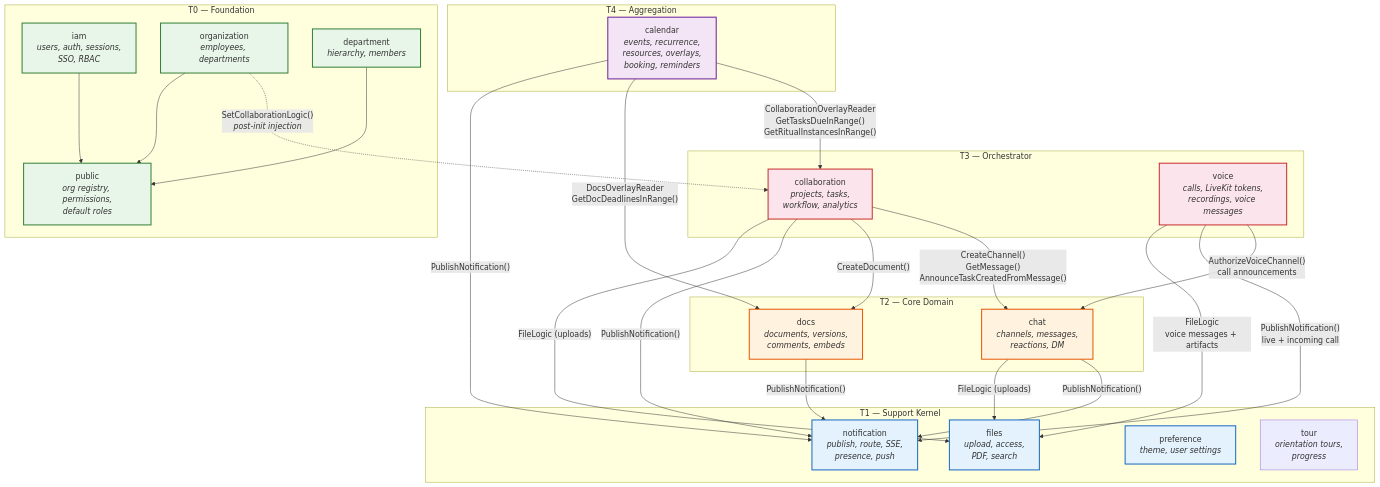
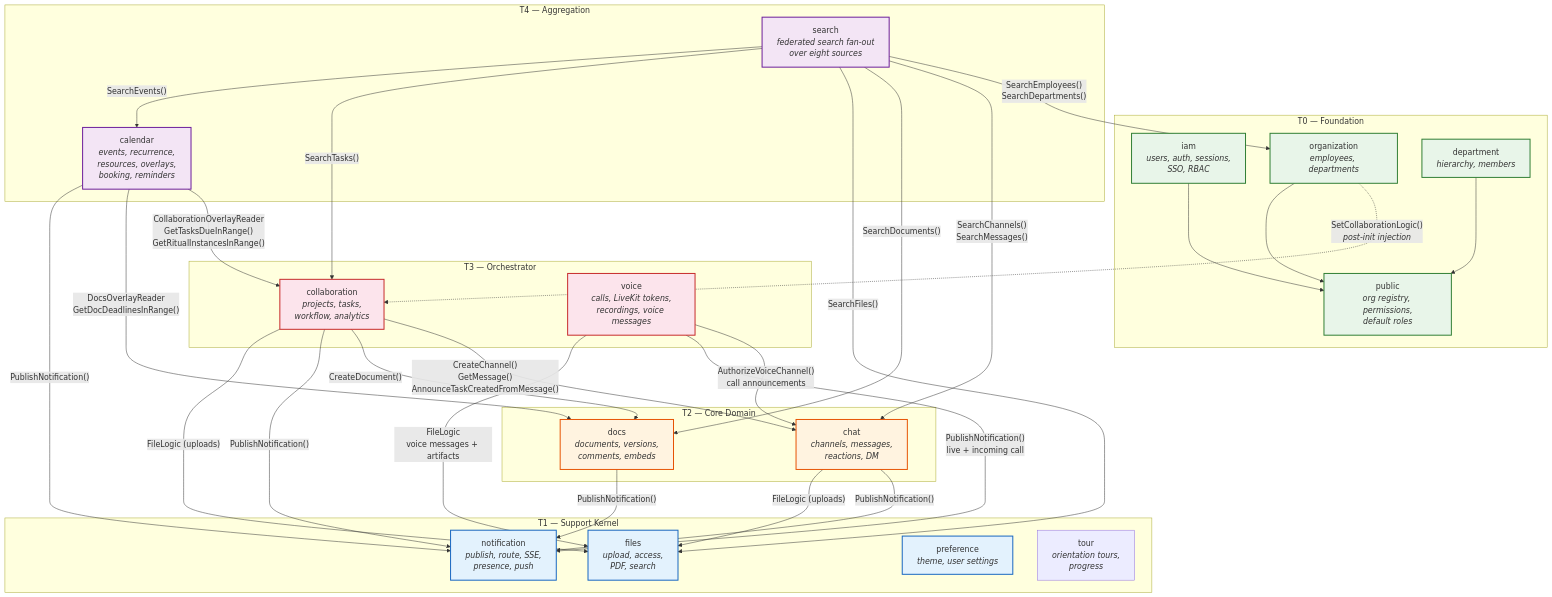
The first of 4 diagrams in backend/docs/SYSTEM-ARCHITECTURE.md (nvcnvn/tech-office), drawn with Mermaid before and after one commit. The commit also changed other lines of this file and 63 other files, not shown here.

````diff
--- a/backend/docs/SYSTEM-ARCHITECTURE.md
+++ b/backend/docs/SYSTEM-ARCHITECTURE.md
@@ -83,71 +83,80 @@
 ```mermaid
 graph TD
     subgraph "T0 — Foundation"
         PUBLIC["public<br/><i>org registry, permissions,<br/>default roles</i>"]
         IAM["iam<br/><i>users, auth, sessions,<br/>SSO, RBAC</i>"]
         ORG["organization<br/><i>employees, departments</i>"]
         DEPT["department<br/><i>hierarchy, members</i>"]
     end
 
     subgraph "T1 — Support Kernel"
         NOTIF["notification<br/><i>publish, route, SSE,<br/>presence, push</i>"]
         FILES["files<br/><i>upload, access,<br/>PDF, search</i>"]
         PREF["preference<br/><i>theme, user settings</i>"]
         TOUR["tour<br/><i>orientation tours,<br/>progress</i>"]
     end
 
     subgraph "T2 — Core Domain"
         CHAT["chat<br/><i>channels, messages,<br/>reactions, DM</i>"]
         DOCS["docs<br/><i>documents, versions,<br/>comments, embeds</i>"]
     end
 
     subgraph "T3 — Orchestrator"
         COLLAB["collaboration<br/><i>projects, tasks,<br/>workflow, analytics</i>"]
         VOICE["voice<br/><i>calls, LiveKit tokens,<br/>recordings, voice messages</i>"]
     end
 
     subgraph "T4 — Aggregation"
         CAL["calendar<br/><i>events, recurrence,<br/>resources, overlays,<br/>booking, reminders</i>"]
+        SEARCH["search<br/><i>federated search fan-out<br/>over eight sources</i>"]
     end
+
+    %% T4 search: pure read fan-out over six domains' logic layers. Owns no SQL.
+    SEARCH -->|"SearchEmployees()<br/>SearchDepartments()"| ORG
+    SEARCH -->|"SearchChannels()<br/>SearchMessages()"| CHAT
+    SEARCH -->|"SearchDocuments()"| DOCS
+    SEARCH -->|"SearchFiles()"| FILES
+    SEARCH -->|"SearchTasks()"| COLLAB
+    SEARCH -->|"SearchEvents()"| CAL
 
     %% T4 → T3 dependencies (overlay readers)
     CAL -->|"CollaborationOverlayReader<br/>GetTasksDueInRange()<br/>GetRitualInstancesInRange()"| COLLAB
     CAL -->|"DocsOverlayReader<br/>GetDocDeadlinesInRange()"| DOCS
     CAL -->|"PublishNotification()"| NOTIF
 
     %% T3 → T2 dependencies
     COLLAB -->|"CreateChannel()<br/>GetMessage()<br/>AnnounceTaskCreatedFromMessage()"| CHAT
     COLLAB -->|"CreateDocument()"| DOCS
 
     %% T3 → T1 dependencies
     COLLAB -->|"PublishNotification()"| NOTIF
     COLLAB -->|"FileLogic (uploads)"| FILES
     VOICE -->|"AuthorizeVoiceChannel()<br/>call announcements"| CHAT
     VOICE -->|"PublishNotification()<br/>live + incoming call"| NOTIF
     VOICE -->|"FileLogic<br/>voice messages + artifacts"| FILES
 
     %% T2 → T1 dependencies
     CHAT -->|"PublishNotification()"| NOTIF
     CHAT -->|"FileLogic (uploads)"| FILES
     DOCS -->|"PublishNotification()"| NOTIF
 
     %% Post-init injection (dashed = injected after construction)
     ORG -.->|"SetCollaborationLogic()<br/><i>post-init injection</i>"| COLLAB
 
     %% Foundation references (simplified)
     IAM --> PUBLIC
     ORG --> PUBLIC
     DEPT --> PUBLIC
 
     classDef foundation fill:#e8f5e9,stroke:#2e7d32,stroke-width:2px
     classDef kernel fill:#e3f2fd,stroke:#1565c0,stroke-width:2px
     classDef core fill:#fff3e0,stroke:#e65100,stroke-width:2px
     classDef orchestrator fill:#fce4ec,stroke:#c62828,stroke-width:2px
     classDef aggregation fill:#f3e5f5,stroke:#6a1b9a,stroke-width:2px
 
     class PUBLIC,IAM,ORG,DEPT foundation
     class NOTIF,FILES,PREF kernel
     class CHAT,DOCS core
     class COLLAB,VOICE orchestrator
-    class CAL aggregation
+    class CAL,SEARCH aggregation
 ```
````
